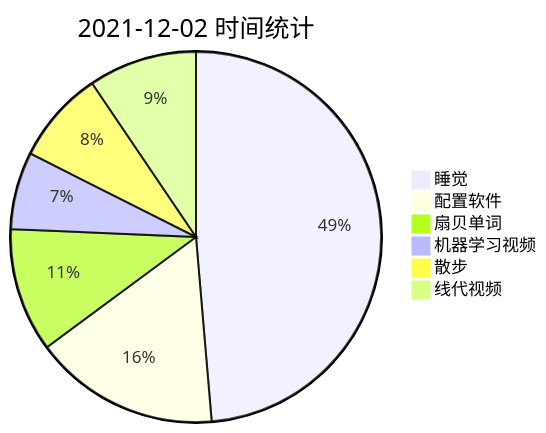
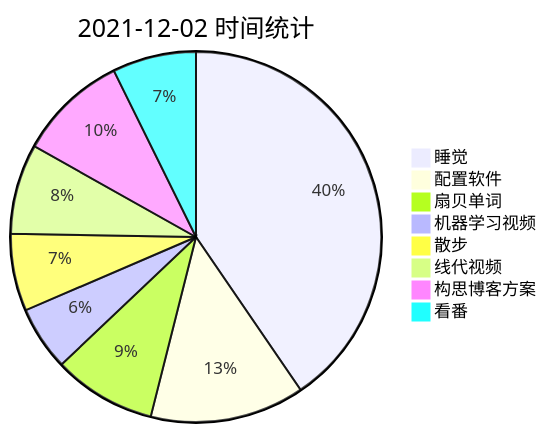
The second of 2 diagrams in docs/Day Planners/2021-12-02_星期四.md (BabelTower/notes), drawn with Mermaid before and after one commit. The commit also changed other lines of this file and 4 other files, not shown here.

````diff
--- a/docs/Day Planners/2021-12-02_星期四.md
+++ b/docs/Day Planners/2021-12-02_星期四.md
@@ -50,11 +49,12 @@
 ```mermaid
 pie
 	title 2021-12-02 时间统计
 	"睡觉" : 360
 	"配置软件" : 120
 	"扇贝单词" : 80
 	"机器学习视频" : 50
 	"散步" : 60
 	"线代视频" : 70
-	
+	"构思博客方案" : 85
+	"看番" : 65
 ```
````
